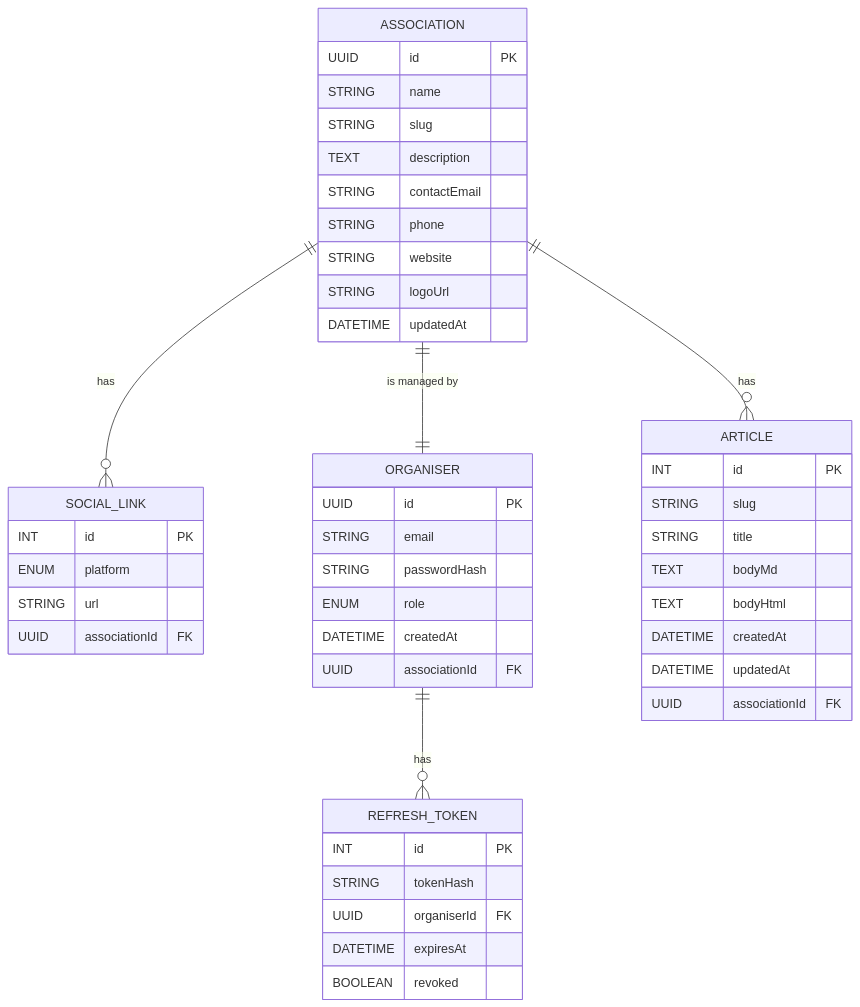
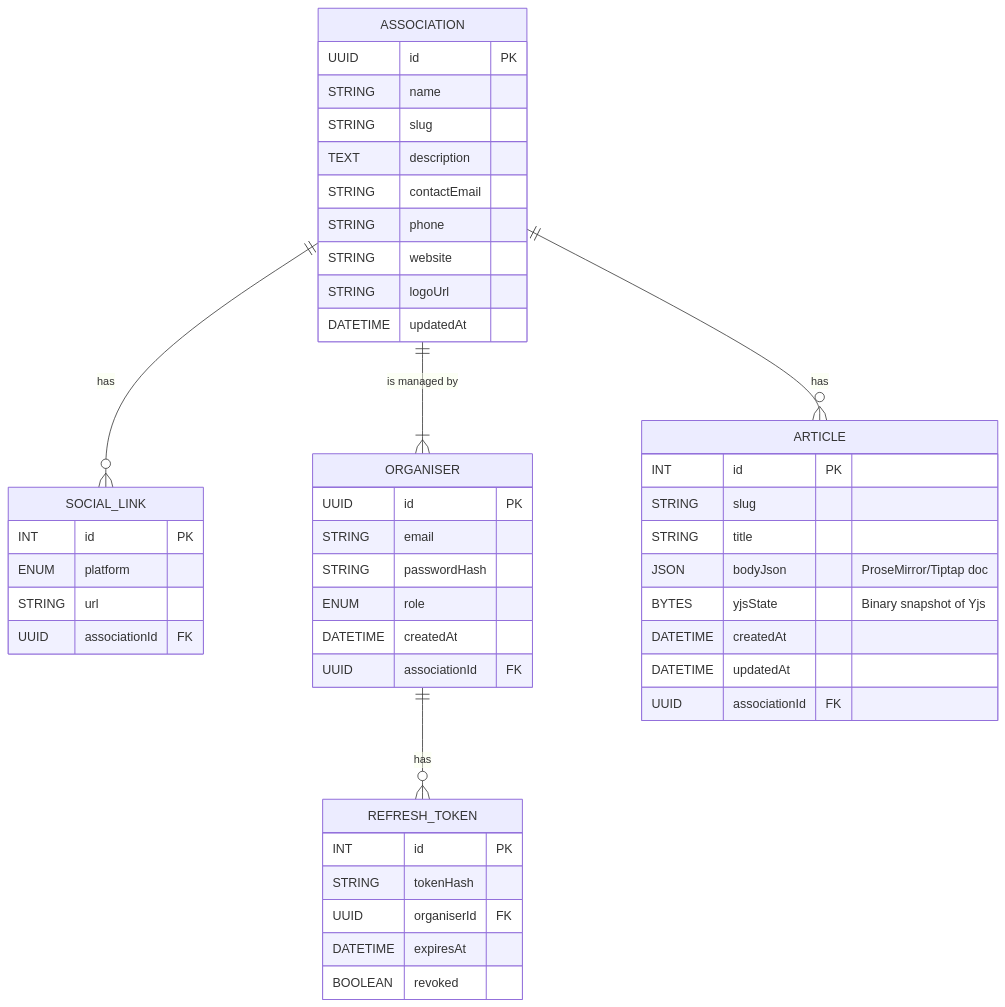
Before and after one commit to Zachary-Blundell/convergence-des-luttes: the diagram in docs/database/ER model.md, drawn with Mermaid. The commit also changed other lines of this file and 2 other files, not shown here.

````diff
--- a/docs/database/ER model.md
+++ b/docs/database/ER model.md
@@ -51,51 +5,50 @@
 ```mermaid
 erDiagram
   ASSOCIATION ||--o{ SOCIAL_LINK : "has"
-  ASSOCIATION ||--|| ORGANISER : "is managed by"
+  ASSOCIATION ||--|{ ORGANISER : "is managed by"
   ORGANISER ||--o{ REFRESH_TOKEN : "has"
   ASSOCIATION ||--o{ ARTICLE      : "has"
 
   ASSOCIATION {
     UUID id PK
     STRING name
     STRING slug
     TEXT description
     STRING contactEmail
     STRING phone
     STRING website
     STRING logoUrl
     DATETIME updatedAt
-
   }
   SOCIAL_LINK {
     INT id PK
     ENUM platform
     STRING url
     UUID associationId FK
   }
   ARTICLE {
     INT id PK
     STRING slug
     STRING title
-    TEXT bodyMd
-    TEXT bodyHtml
+    JSON bodyJson        "ProseMirror/Tiptap doc"
+    BYTES yjsState       "Binary snapshot of Yjs"
     DATETIME createdAt
     DATETIME updatedAt
     UUID associationId FK
   }
   ORGANISER {
     UUID id PK
     STRING email
     STRING passwordHash
     ENUM role
     DATETIME createdAt
     UUID associationId FK
   }
   REFRESH_TOKEN {
     INT id PK
     STRING tokenHash
     UUID organiserId FK
     DATETIME expiresAt
     BOOLEAN revoked
   }
 ```
````
